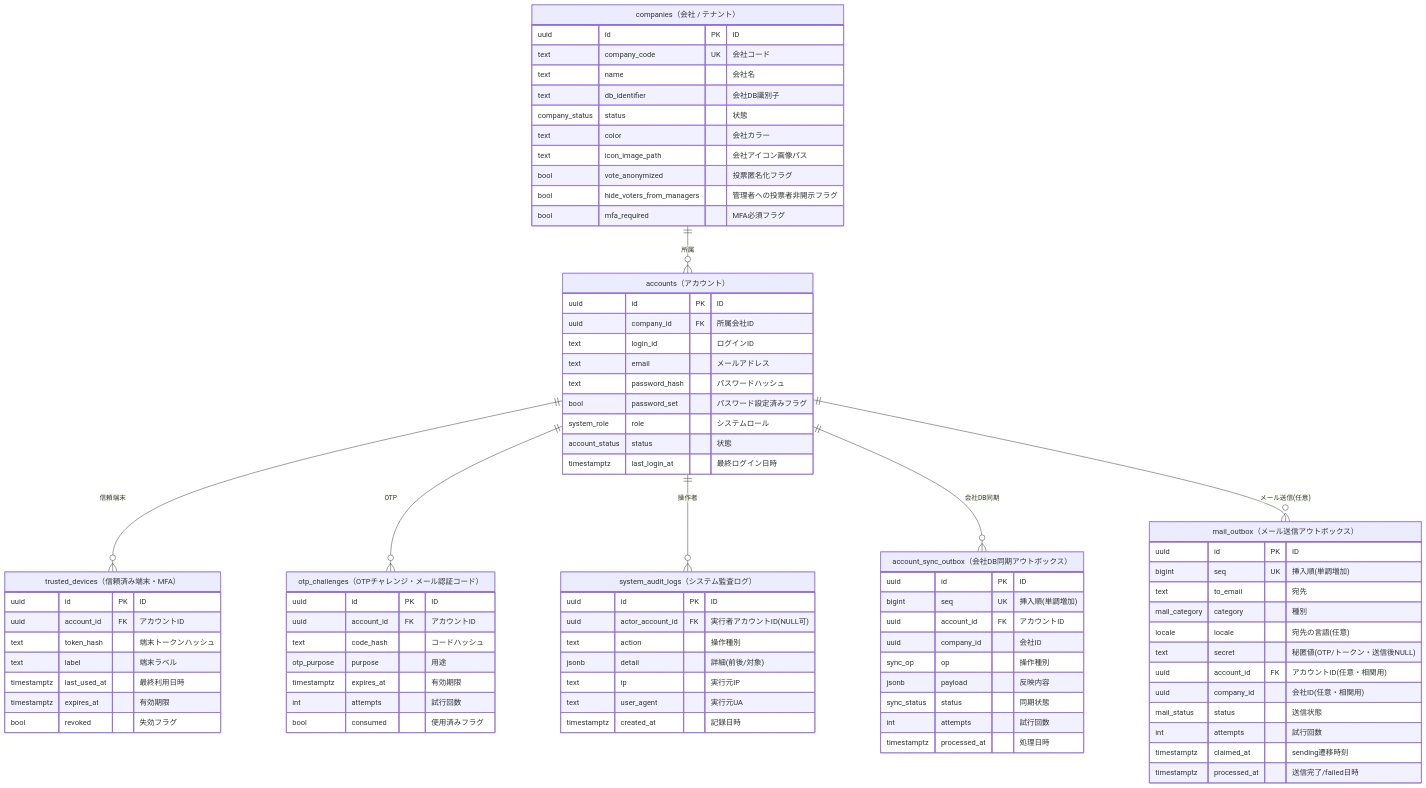
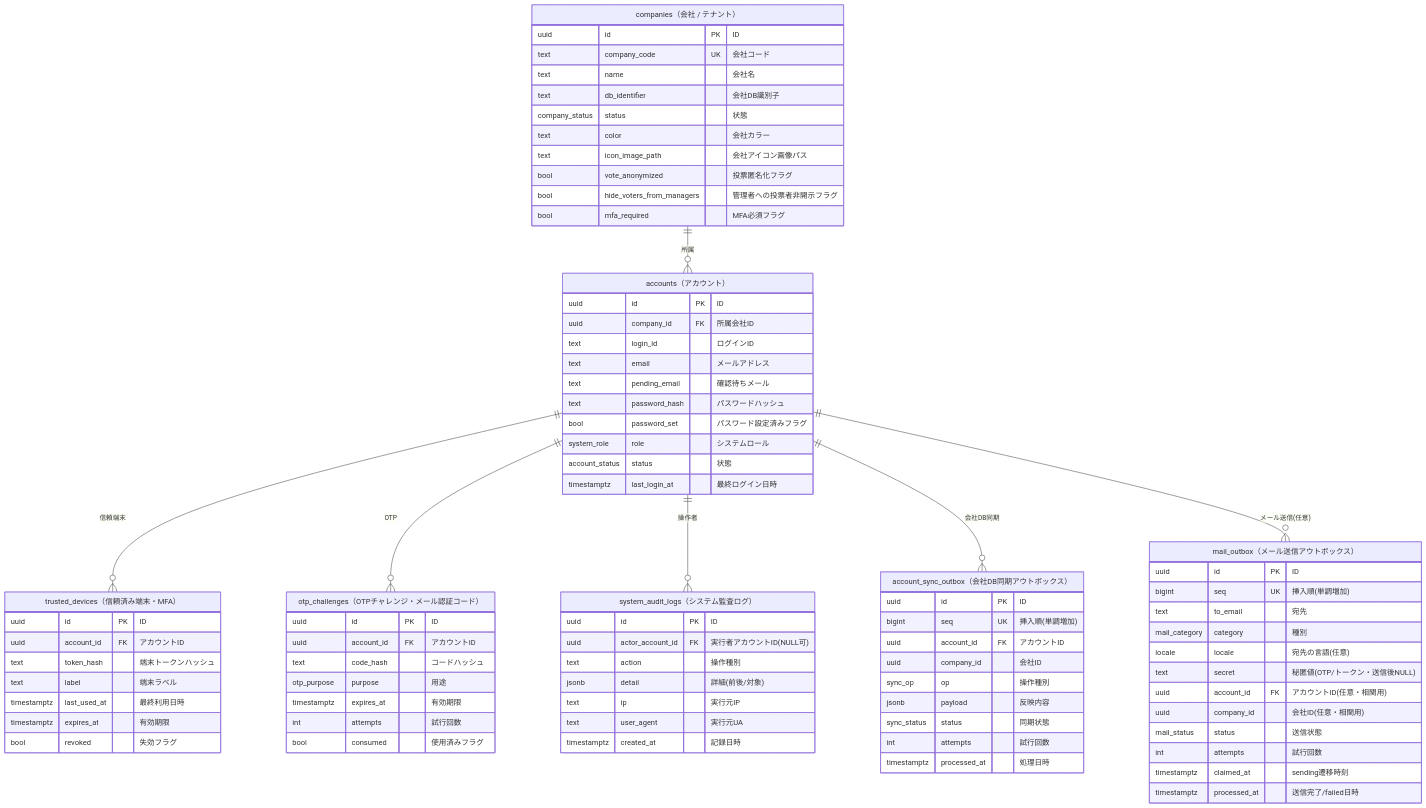
Before and after one commit to t-umekawa-sc/sc-ideaquest-G2: the second of 4 diagrams in doc/データモデル.md, drawn with Mermaid. The commit also changed other lines of this file and 22 other files, not shown here.

```diff
--- a/doc/データモデル.md
+++ b/doc/データモデル.md
@@ -180,6 +180,7 @@
     uuid company_id FK "所属会社ID"
     text login_id "ログインID"
     text email "メールアドレス"
+    text pending_email "確認待ちメール"
     text password_hash "パスワードハッシュ"
     bool password_set "パスワード設定済みフラグ"
     system_role role "システムロール"
```
